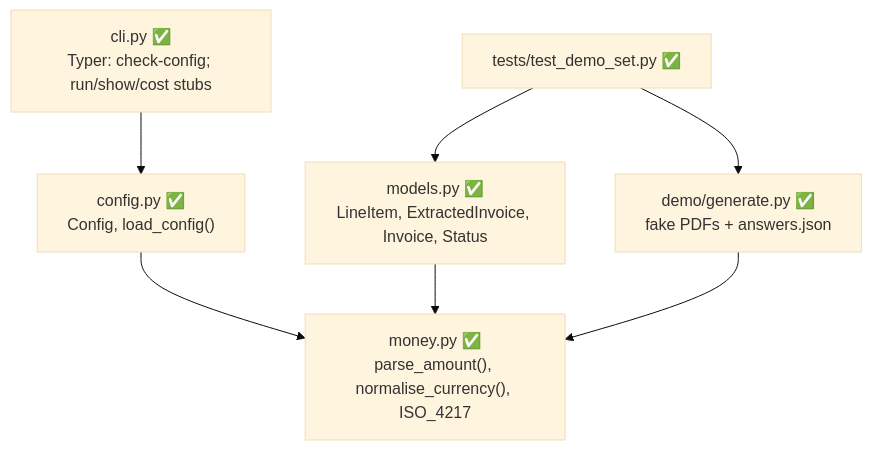
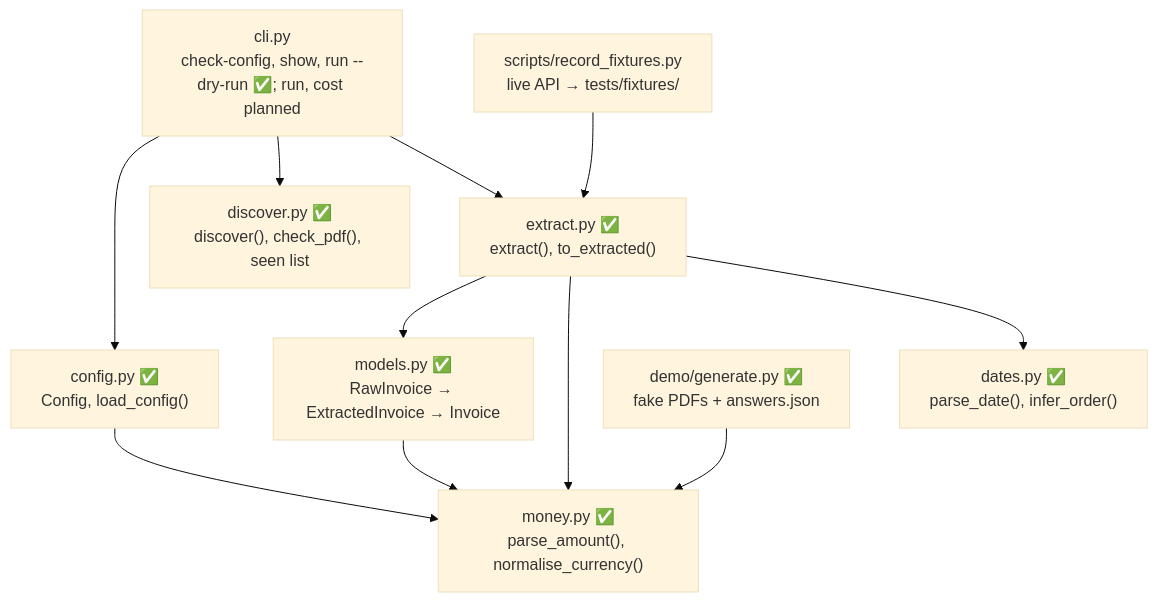
The second of 4 diagrams in ARCHITECTURE.md (yahani/ibis), drawn with Mermaid (base theme) before and after one commit. The commit also changed other lines of this file and 15 other files, not shown here.

First line of the commit message:
Recorded fixtures from a live Haiku 5.5 run; schema without optional fields; answer-key fix for layouts without a tax ID

````diff
--- a/ARCHITECTURE.md
+++ b/ARCHITECTURE.md
@@ -38,9 +38,13 @@
 ```mermaid
 flowchart TD
-    cli["cli.py ✅<br/>Typer: check-config; run/show/cost stubs"] --> config["config.py ✅<br/>Config, load_config()"]
-    config --> money["money.py ✅<br/>parse_amount(), normalise_currency(), ISO_4217"]
-    models["models.py ✅<br/>LineItem, ExtractedInvoice, Invoice, Status"] --> money
+    cli["cli.py<br/>check-config, show, run --dry-run ✅; run, cost planned"] --> config["config.py ✅<br/>Config, load_config()"]
+    cli --> discover["discover.py ✅<br/>discover(), check_pdf(), seen list"]
+    cli --> extract["extract.py ✅<br/>extract(), to_extracted()"]
+    extract --> models["models.py ✅<br/>RawInvoice → ExtractedInvoice → Invoice"]
+    extract --> money["money.py ✅<br/>parse_amount(), normalise_currency()"]
+    extract --> dates["dates.py ✅<br/>parse_date(), infer_order()"]
+    config --> money
+    models --> money
     gen["demo/generate.py ✅<br/>fake PDFs + answers.json"] --> money
-    tests["tests/test_demo_set.py ✅"] --> gen
-    tests --> models
+    record["scripts/record_fixtures.py<br/>live API → tests/fixtures/"] --> extract
 ```
````
